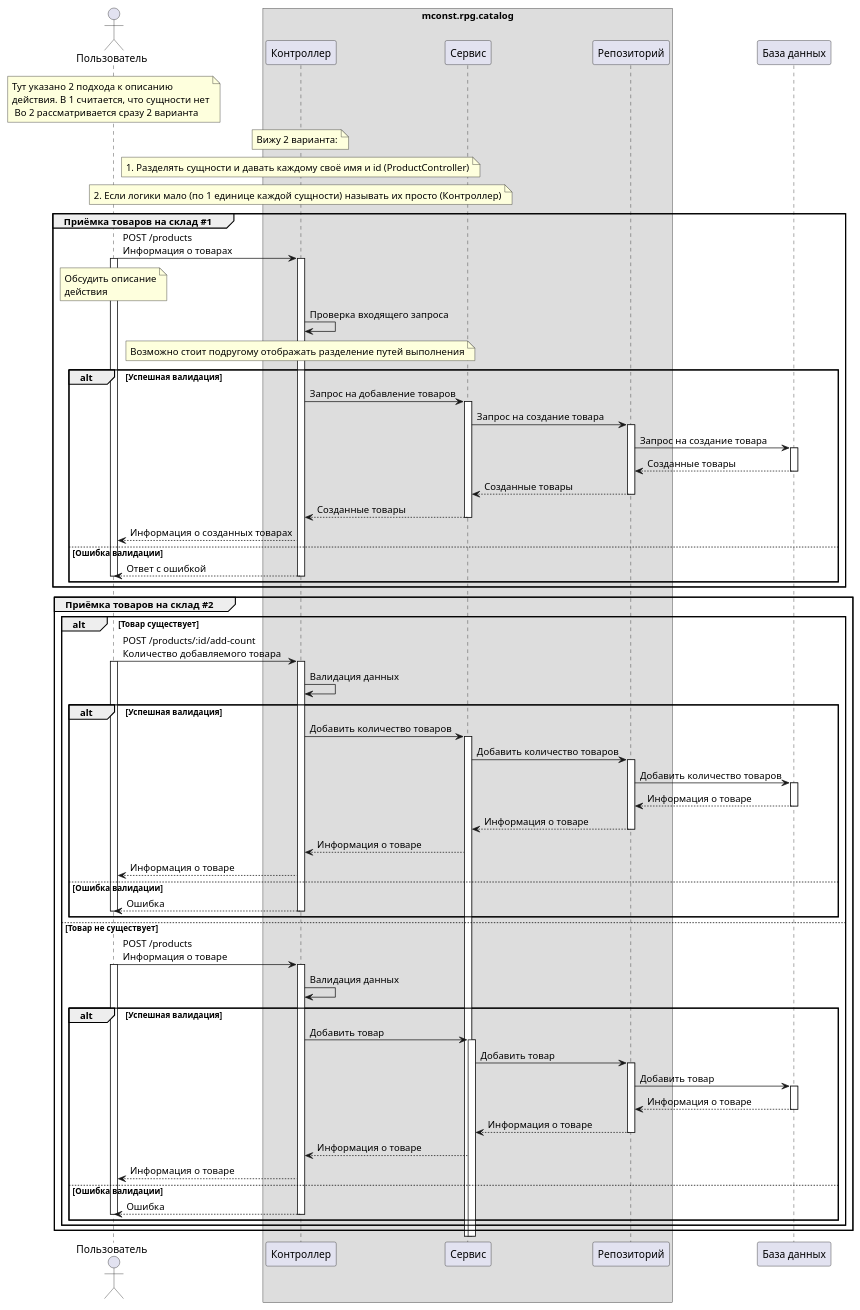
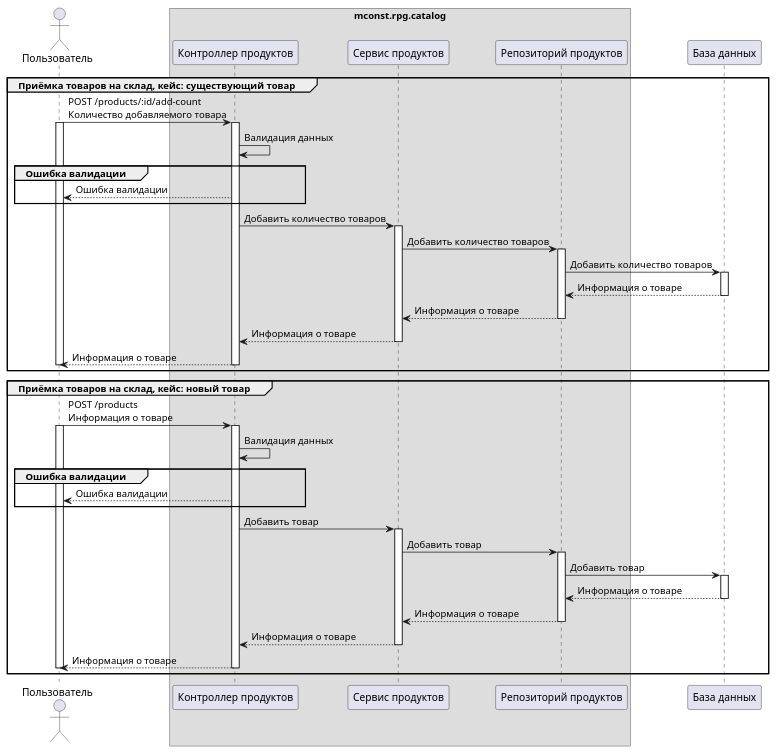
The diagram in Приёмка товаров на склад.puml (TBAPRUS/mconst.rpg.diagrams), drawn with PlantUML before and after one commit. The commit also changed 3 other files, not shown here.

Commit message:
Проведён рефакторинг приёмки товаров на склад

```diff
--- a/Приёмка товаров на склад.puml
+++ b/Приёмка товаров на склад.puml
@@ -1,97 +1,62 @@
 @startuml
 'https://plantuml.com/sequence-diagram
 
-'autonumber
-
 actor "Пользователь" as user
 box mconst.rpg.catalog
-        participant "Контроллер" as controller
-        participant "Сервис" as service
-        participant "Репозиторий" as repository
+    participant "Контроллер продуктов" as productController
+    participant "Сервис продуктов" as productService
+    participant "Репозиторий продуктов" as productRepository
 end box
 participant "База данных" as db
 
-note over user: Тут указано 2 подхода к описанию\nдействия. В 1 считается, что сущности нет\n Во 2 рассматривается сразу 2 варианта
+group Приёмка товаров на склад, кейс: существующий товар
+    user -> productController: POST /products/:id/add-count\nКоличество добавляемого товара
+    activate user
+    activate productController
+    productController -> productController: Валидация данных
+    group Ошибка валидации
+        productController --> user: Ошибка валидации
+    end group
+    productController -> productService: Добавить количество товаров
+    activate productService
+    productService -> productRepository: Добавить количество товаров
+    activate productRepository
+    productRepository -> db: Добавить количество товаров
+    activate db
+    db --> productRepository: Информация о товаре
+    deactivate db
+    productRepository --> productService: Информация о товаре
+    deactivate productRepository
+    productService --> productController: Информация о товаре
+    deactivate productService
+    productController --> user: Информация о товаре
+    deactivate productController
+    deactivate user
+ end group
 
-note over controller: Вижу 2 варианта:
-note over controller: 1. Разделять сущности и давать каждому своё имя и id (ProductController)
-note over controller: 2. Если логики мало (по 1 единице каждой сущности) называть их просто (Контроллер)
-
-group Приёмка товаров на склад #1
-    user -> controller: POST /products\nИнформация о товарах
-    note over user: Обсудить описание\nдействия
+ group Приёмка товаров на склад, кейс: новый товар
+    user -> productController: POST /products\nИнформация о товаре
     activate user
-    activate controller
-    controller -> controller: Проверка входящего запроса
-    note over controller: Возможно стоит подругому отображать разделение путей выполнения
-    alt Успешная валидация
-        controller -> service: Запрос на добавление товаров
-        activate service
-        service -> repository: Запрос на создание товара
-        activate repository
-        repository -> db: Запрос на создание товара
-        activate db
-        db --> repository: Созданные товары
-        deactivate db
-        repository --> service: Созданные товары
-        deactivate repository
-        service --> controller: Созданные товары
-        deactivate service
-        controller --> user: Информация о созданных товарах
-    else Ошибка валидации
-        controller --> user: Ответ с ошибкой
-        deactivate controller
-        deactivate user
-    end
+    activate productController
+    productController -> productController: Валидация данных
+    group Ошибка валидации
+        productController --> user: Ошибка валидации
+    end group
+    productController -> productService: Добавить товар
+    activate productService
+    productService -> productRepository: Добавить товар
+    activate productRepository
+    productRepository -> db: Добавить товар
+    activate db
+    db --> productRepository: Информация о товаре
+    deactivate db
+    productRepository --> productService: Информация о товаре
+    deactivate productRepository
+    productService --> productController: Информация о товаре
+    deactivate productService
+    productController --> user: Информация о товаре
+    deactivate productController
+    deactivate user
 end group
 
-group Приёмка товаров на склад #2
-    alt Товар существует
-        user -> controller: POST /products/:id/add-count\nКоличество добавляемого товара
-        activate user
-        activate controller
-        controller -> controller: Валидация данных
-        alt Успешная валидация
-            controller -> service: Добавить количество товаров
-            activate service
-            service -> repository: Добавить количество товаров
-            activate repository
-            repository -> db: Добавить количество товаров
-            activate db
-            db --> repository: Информация о товаре
-            deactivate db
-            repository --> service: Информация о товаре
-            deactivate repository
-            service --> controller: Информация о товаре
-            controller --> user: Информация о товаре
-        else Ошибка валидации
-            controller --> user: Ошибка
-            deactivate controller
-            deactivate user
-        end
-    else Товар не существует
-        user -> controller: POST /products\nИнформация о товаре
-        activate user
-        activate controller
-        controller -> controller: Валидация данных
-        alt Успешная валидация
-            controller -> service: Добавить товар
-            activate service
-            service -> repository: Добавить товар
-            activate repository
-            repository -> db: Добавить товар
-            activate db
-            db --> repository: Информация о товаре
-            deactivate db
-            repository --> service: Информация о товаре
-            deactivate repository
-            service --> controller: Информация о товаре
-            controller --> user: Информация о товаре
-        else Ошибка валидации
-            controller --> user: Ошибка
-            deactivate controller
-            deactivate user
-        end
-    end
-end group
 @enduml
```
